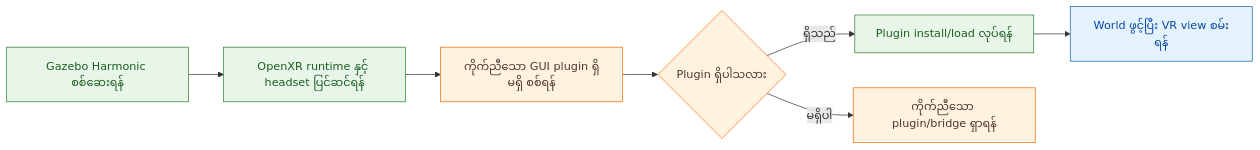
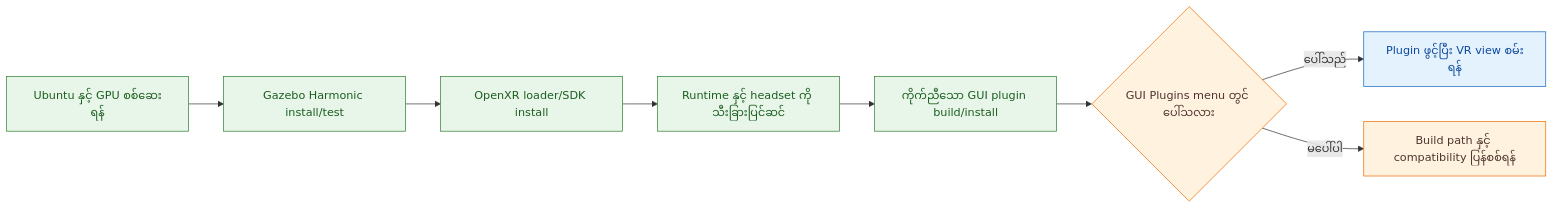
The diagram in 01_how_to_configure.md (ROM-robotics/ct_meta_vr), drawn with Mermaid before and after one commit. The commit also changed other lines of this file, not shown here.

````diff
--- a/01_how_to_configure.md
+++ b/01_how_to_configure.md
@@ -24,15 +112,16 @@
 ```mermaid
 flowchart LR
-    A["Gazebo Harmonic စစ်ဆေးရန်"] --> B["OpenXR runtime နှင့် headset ပြင်ဆင်ရန်"]
-    B --> C["ကိုက်ညီသော GUI plugin ရှိမရှိ စစ်ရန်"]
-    C --> D{"Plugin ရှိပါသလား"}
-    D -->|ရှိသည်| E["Plugin install/load လုပ်ရန်"]
-    D -->|မရှိပါ| F["ကိုက်ညီသော plugin/bridge ရှာရန်"]
-    E --> G["World ဖွင့်ပြီး VR view စမ်းရန်"]
+    A["Ubuntu နှင့် GPU စစ်ဆေးရန်"] --> B["Gazebo Harmonic install/test"]
+    B --> C["OpenXR loader/SDK install"]
+    C --> D["Runtime နှင့် headset ကို သီးခြားပြင်ဆင်"]
+    D --> E["ကိုက်ညီသော GUI plugin build/install"]
+    E --> F{"GUI Plugins menu တွင် ပေါ်သလား"}
+    F -->|ပေါ်သည်| G["Plugin ဖွင့်ပြီး VR view စမ်းရန်"]
+    F -->|မပေါ်ပါ| H["Build path နှင့် compatibility ပြန်စစ်ရန်"]
     classDef setup fill:#e8f5e9,stroke:#2e7d32,color:#1b5e20
     classDef check fill:#fff3e0,stroke:#ef6c00,color:#4e342e
     classDef outcome fill:#e3f2fd,stroke:#1565c0,color:#0d47a1
-    class A,B,E setup
-    class C,D,F check
+    class A,B,C,D,E setup
+    class F,H check
     class G outcome
 ```
````
